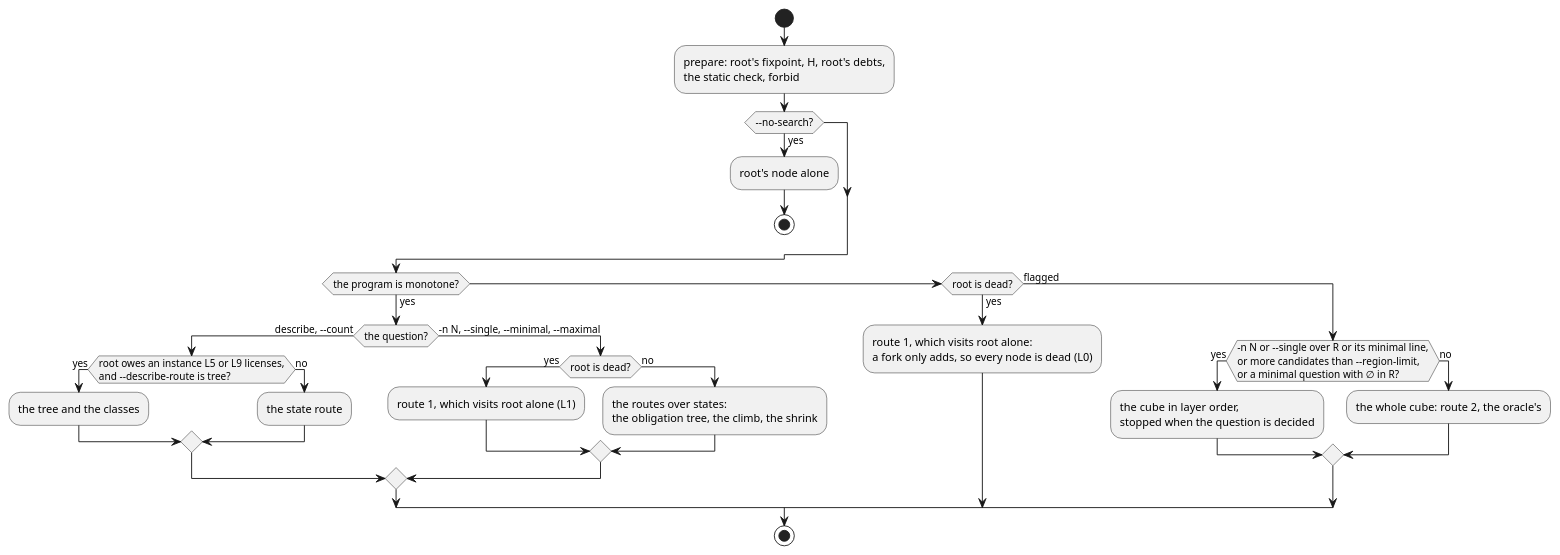
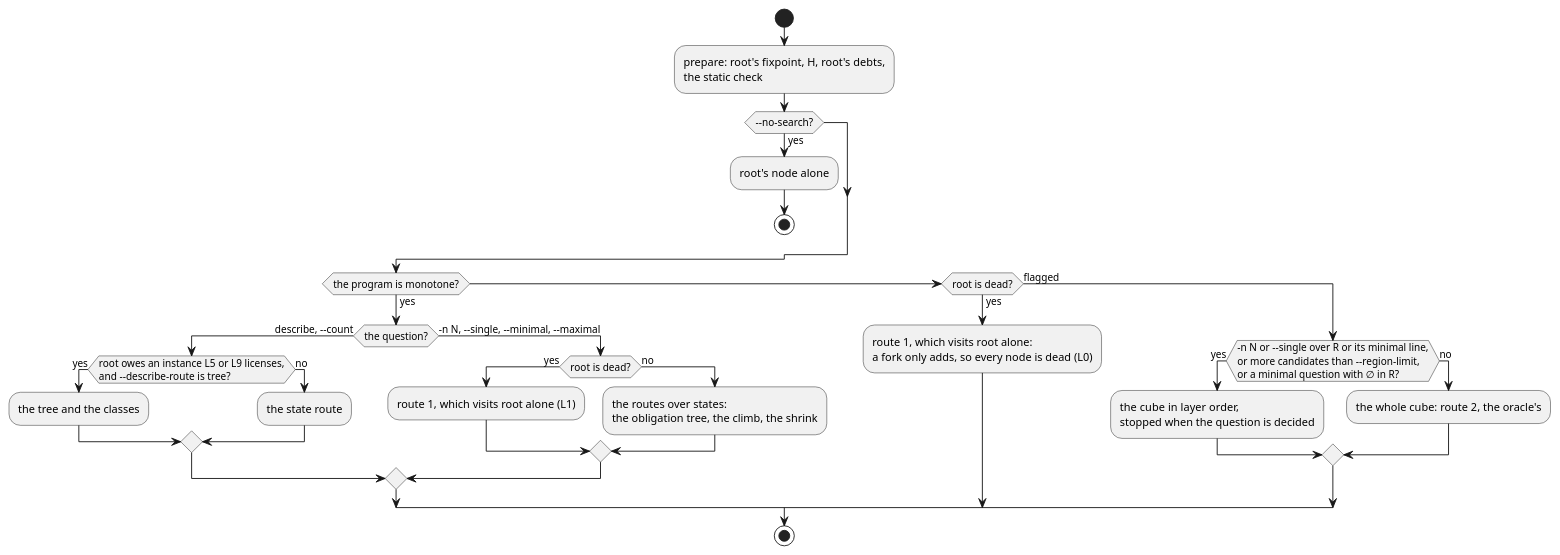
Before and after one commit to agutikov/ein: the diagram in docs/ein/ein.rs/diagrams/02-routes.puml, drawn with PlantUML. The commit also changed 138 other files, not shown here.

```diff
--- a/docs/ein/ein.rs/diagrams/02-routes.puml
+++ b/docs/ein/ein.rs/diagrams/02-routes.puml
@@ -1,32 +1,32 @@
 @startuml
 start
-:prepare: root's fixpoint, H, root's debts,\nthe static check, forbid;
+:prepare: root's fixpoint, H, root's debts,\nthe static check;
 if (~--no-search?) then (yes)
   :root's node alone;
   stop
 endif
 if (the program is monotone?) then (yes)
   if (the question?) then (describe, ~--count)
     if (root owes an instance L5 or L9 licenses,\nand ~--describe-route is tree?) then (yes)
       :the tree and the classes;
     else (no)
       :the state route;
     endif
   else (-n N, ~--single, ~--minimal, ~--maximal)
     if (root is dead?) then (yes)
       :route 1, which visits root alone (L1);
     else (no)
       :the routes over states:\nthe obligation tree, the climb, the shrink;
     endif
   endif
 elseif (root is dead?) then (yes)
   :route 1, which visits root alone:\na fork only adds, so every node is dead (L0);
 else (flagged)
   if (-n N or ~--single over R or its minimal line,\nor more candidates than ~--region-limit,\nor a minimal question with ∅ in R?) then (yes)
     :the cube in layer order,\nstopped when the question is decided;
   else (no)
     :the whole cube: route 2, the oracle's;
   endif
 endif
 stop
 @enduml
```
